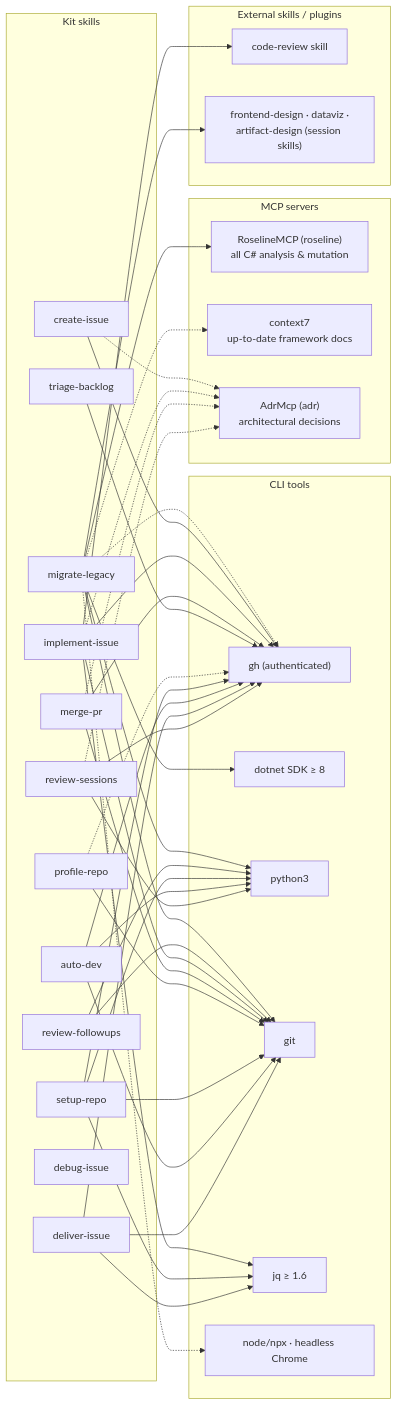
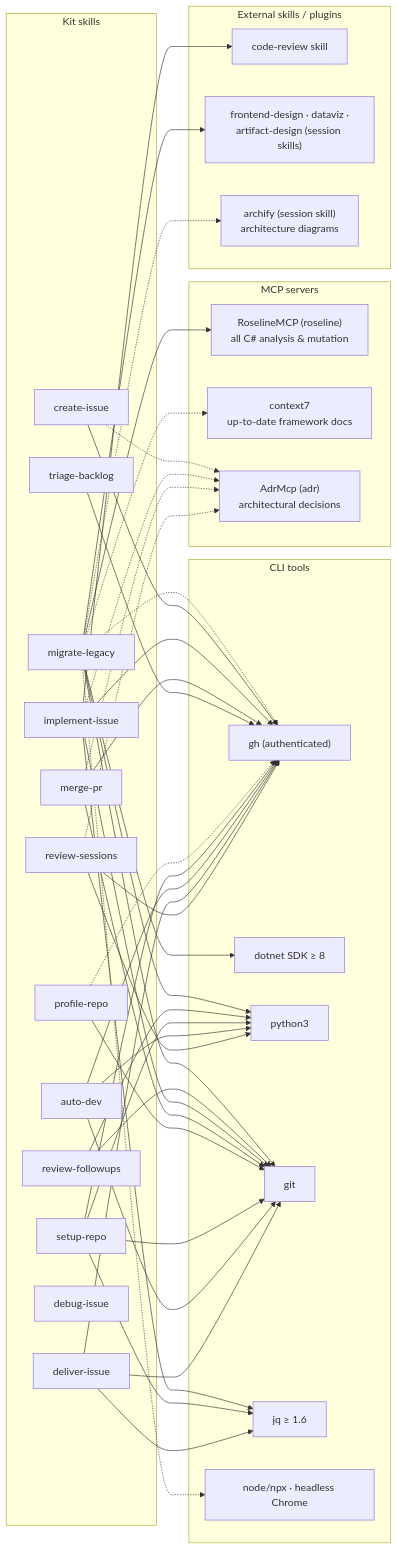
The second of 2 diagrams in ARCHITECTURE.md (phmatray/ai-migration-kit), drawn with Mermaid before and after one commit. The commit also changed 10 other files, not shown here.

First line of the commit message:
feat(migrate): archify draws the architecture the migration phases could only describe (#476) (#593)

```diff
--- a/ARCHITECTURE.md
+++ b/ARCHITECTURE.md
@@ -142,6 +142,7 @@
     subgraph ext ["External skills / plugins"]
         CR["code-review skill"]
         FD["frontend-design · dataviz ·<br>artifact-design (session skills)"]
+        ARCHIFY["archify (session skill)<br>architecture diagrams"]
     end
 
     subgraph tools ["CLI tools"]
@@ -161,6 +162,7 @@
     ML -.-> GH
     ML -.-> NODE
     ML --> FD
+    ML -.-> ARCHIFY
 
     RF --> PY
     RF --> GIT
```
